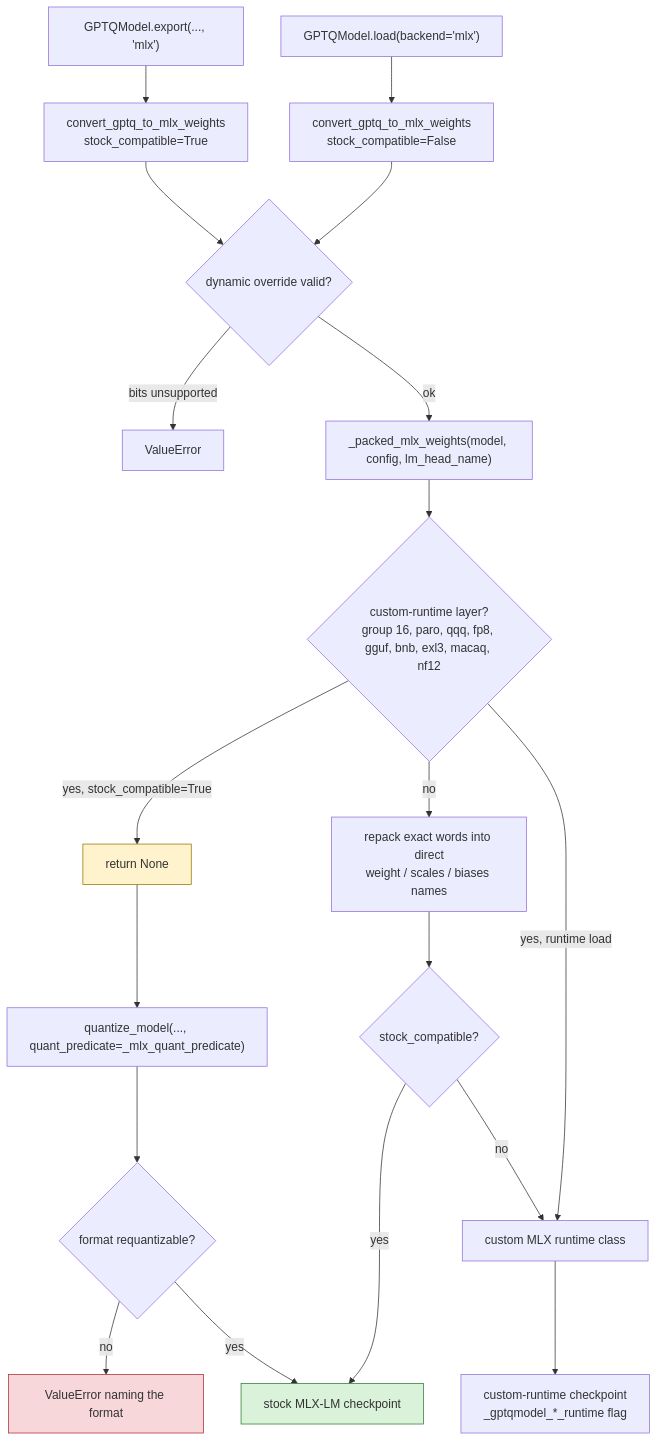
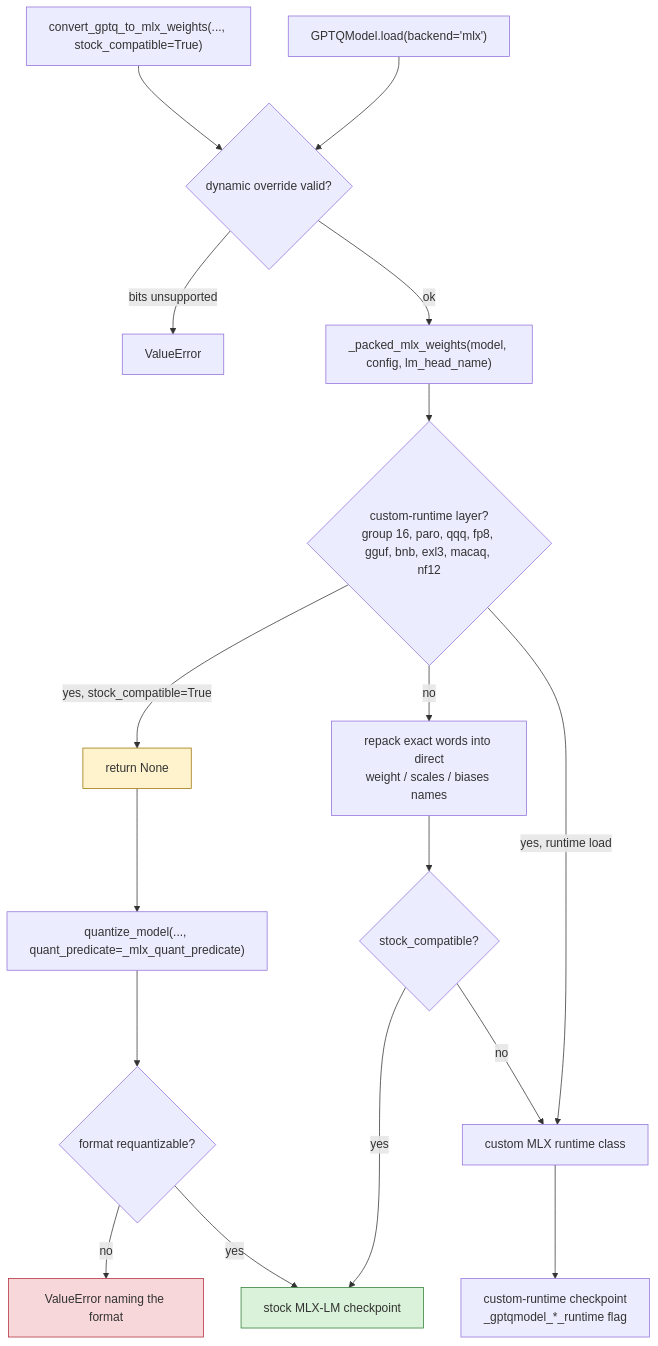
Before and after one commit to ModelCloud/GPTQModel: the second of 2 diagrams in docs/mlx-runtime.md, drawn with Mermaid. The commit also changed other lines of this file and 11 other files, not shown here.

First line of the commit message:
refactor(api): remove the deprecated GPTQModel.export() API

````diff
--- a/docs/mlx-runtime.md
+++ b/docs/mlx-runtime.md
@@ -78,24 +79,22 @@
 ```mermaid
 flowchart TD
-    A["GPTQModel.export(..., 'mlx')"] --> B["convert_gptq_to_mlx_weights<br/>stock_compatible=True"]
-    R["GPTQModel.load(backend='mlx')"] --> B2["convert_gptq_to_mlx_weights<br/>stock_compatible=False"]
-    B --> C{"dynamic override valid?"}
-    B2 --> C
+    A["convert_gptq_to_mlx_weights(..., stock_compatible=True)"] --> C{"dynamic override valid?"}
+    R["GPTQModel.load(backend='mlx')"] --> C
     C -- "bits unsupported" --> D["ValueError"]
     C -- ok --> E["_packed_mlx_weights(model, config, lm_head_name)"]
     E --> F{"custom-runtime layer?<br/>group 16, paro, qqq, fp8, gguf, bnb, exl3, macaq, nf12"}
     F -- "yes, stock_compatible=True" --> G["return None"]
     F -- "no" --> H["repack exact words into direct<br/>weight / scales / biases names"]
     F -- "yes, runtime load" --> I["custom MLX runtime class"]
     G --> J["quantize_model(..., quant_predicate=_mlx_quant_predicate)"]
     J --> K{"format requantizable?"}
     K -- no --> L["ValueError naming the format"]
     K -- yes --> M["stock MLX-LM checkpoint"]
     H --> N{"stock_compatible?"}
     N -- yes --> M
     N -- no --> I
     I --> O["custom-runtime checkpoint<br/>_gptqmodel_*_runtime flag"]
     style G fill:#fff3cd,stroke:#997404
     style L fill:#f8d7da,stroke:#b02a37
     style M fill:#d9f2d9,stroke:#2e7d32
 ```
````
